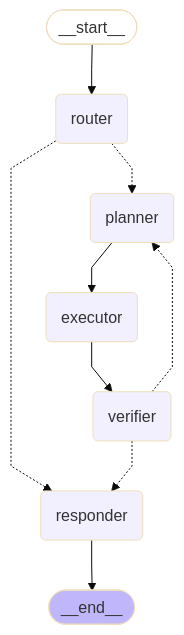
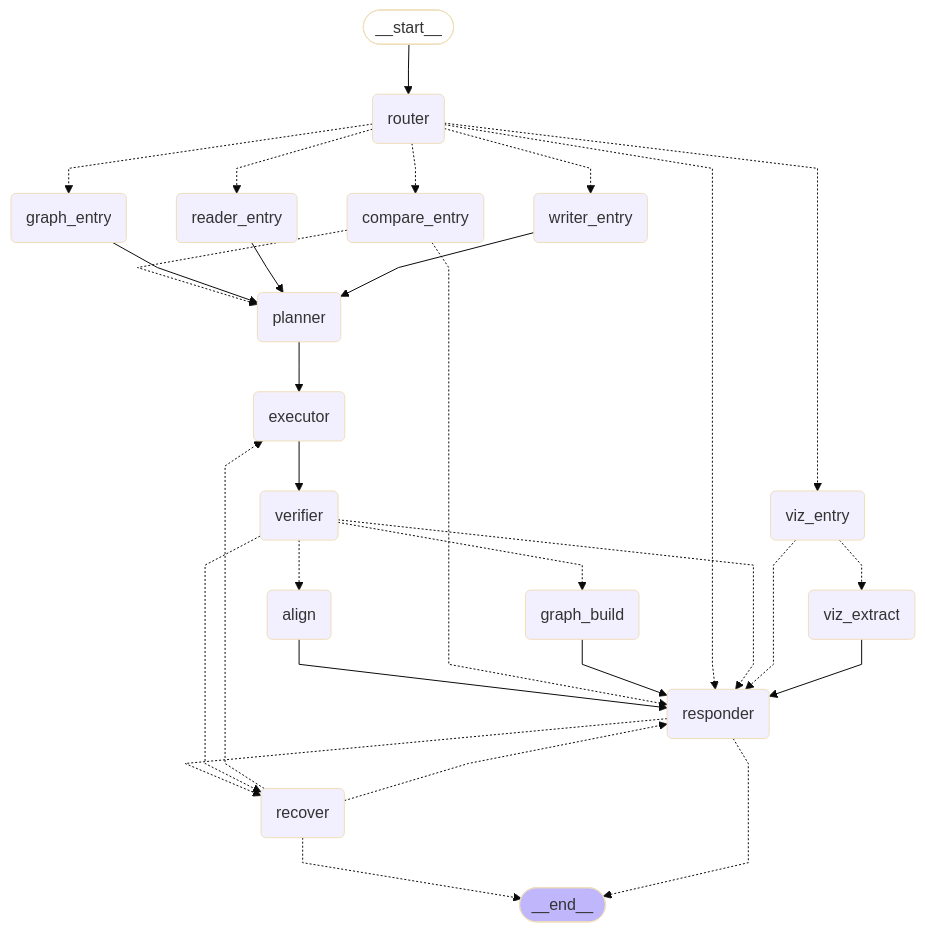
One commit to x2789279228-droid/AI-for-Science changed the first of 2 diagrams in docs/agent-graph.md. Above: the diagram before and after it, drawn with Mermaid (base theme). The commit also changed other lines of this file and 6 other files, not shown here.

````diff
--- a/docs/agent-graph.md
+++ b/docs/agent-graph.md
@@ -7,26 +14,55 @@
 ```mermaid
 ---
 config:
   flowchart:
     curve: linear
 ---
 graph TD;
 	__start__([<p>__start__</p>]):::first
 	router(router)
+	reader_entry(reader_entry)
+	compare_entry(compare_entry)
+	graph_entry(graph_entry)
+	writer_entry(writer_entry)
+	viz_entry(viz_entry)
 	planner(planner)
 	executor(executor)
 	verifier(verifier)
+	align(align)
+	graph_build(graph_build)
+	viz_extract(viz_extract)
+	recover(recover)
 	responder(responder)
 	__end__([<p>__end__</p>]):::last
 	__start__ --> router;
+	align --> responder;
+	compare_entry -.-> planner;
+	compare_entry -.-> responder;
 	executor --> verifier;
+	graph_build --> responder;
+	graph_entry --> planner;
 	planner --> executor;
-	router -.-> planner;
+	reader_entry --> planner;
+	recover -.-> __end__;
+	recover -.-> executor;
+	recover -.-> responder;
+	responder -.-> __end__;
+	responder -.-> recover;
+	router -.-> compare_entry;
+	router -.-> graph_entry;
+	router -.-> reader_entry;
 	router -.-> responder;
-	verifier -.-> planner;
+	router -.-> viz_entry;
+	router -.-> writer_entry;
+	verifier -.-> align;
+	verifier -.-> graph_build;
+	verifier -.-> recover;
 	verifier -.-> responder;
-	responder --> __end__;
+	viz_entry -.-> responder;
+	viz_entry -.-> viz_extract;
+	viz_extract --> responder;
+	writer_entry --> planner;
 	classDef default fill:#f2f0ff,line-height:1.2
 	classDef first fill-opacity:0
 	classDef last fill:#bfb6fc
 ```
````
